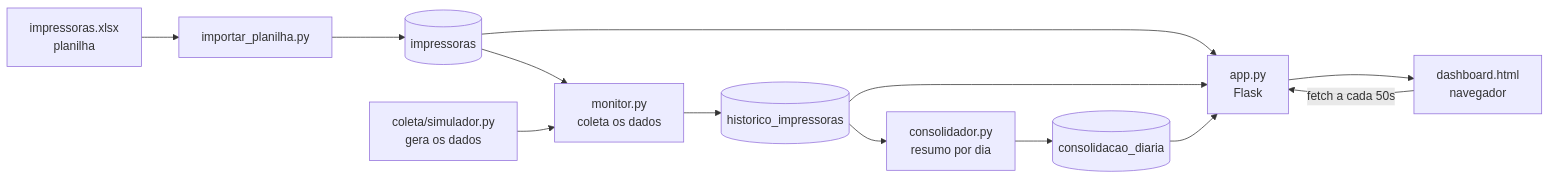
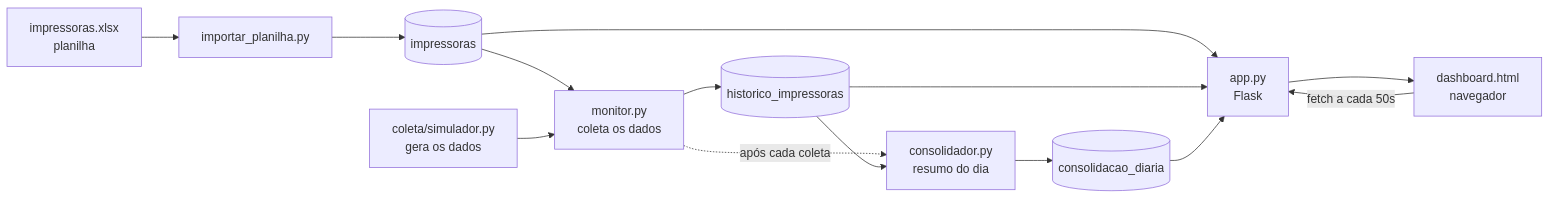
One commit to junior48548332-dotcom/Projeto-Impressoras changed the diagram in README.md. Above: the diagram before and after it, drawn with Mermaid. The commit also changed other lines of this file and 5 other files, not shown here.

Commit message:
Executar o consolidador automaticamente após cada coleta

````diff
--- a/README.md
+++ b/README.md
@@ -26,15 +26,16 @@
 ```mermaid
 flowchart LR
     X[impressoras.xlsx<br/>planilha] --> I[importar_planilha.py]
     I --> T[(impressoras)]
     T --> M[monitor.py<br/>coleta os dados]
     S[coleta/simulador.py<br/>gera os dados] --> M
     M --> H[(historico_impressoras)]
-    H --> C[consolidador.py<br/>resumo por dia]
+    M -.->|após cada coleta| C
+    H --> C[consolidador.py<br/>resumo do dia]
     C --> D[(consolidacao_diaria)]
     T --> A[app.py<br/>Flask]
     H --> A
     D --> A
     A --> W[dashboard.html<br/>navegador]
     W -->|fetch a cada 50s| A
 ```
````
